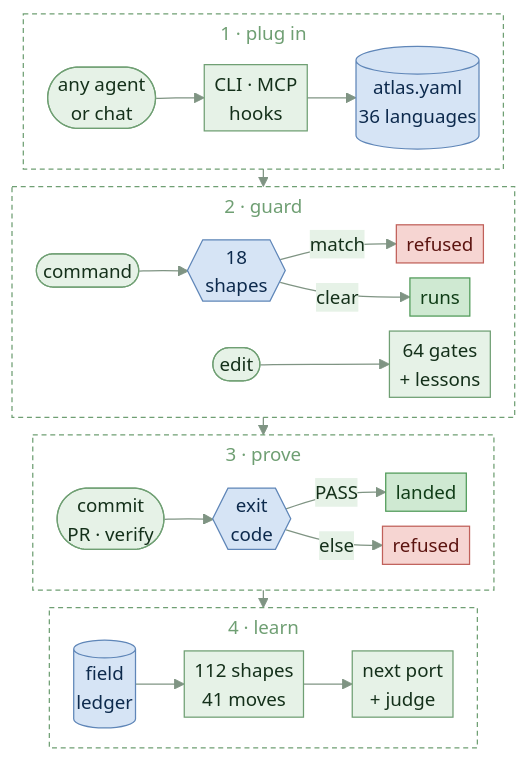
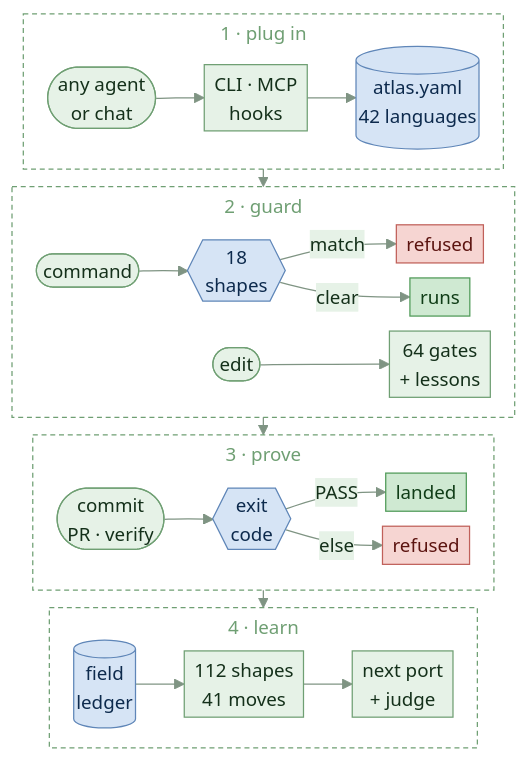
One commit to HLIntel/Headron changed the diagram in README.md. Above: the diagram before and after it, drawn with Mermaid. The commit also changed other lines of this file and 38 other files, not shown here.

````diff
--- a/README.md
+++ b/README.md
@@ -40,52 +40,52 @@
 ```mermaid
 ---
 config:
   theme: base
   themeVariables:
     primaryColor: "#e6f2e7"
     primaryBorderColor: "#6f9f73"
     primaryTextColor: "#14301a"
     lineColor: "#7f9483"
     titleColor: "#6f9f73"
     edgeLabelBackground: "#e6f2e7"
     fontSize: "15px"
   flowchart:
     subGraphTitleMargin: {top: 4, bottom: 6}
     padding: 4
     nodeSpacing: 12
     rankSpacing: 14
 ---
 flowchart TB
   accTitle: How Thea proves a change
   accDescr: any agent, chat or model plugs in, each file routes to its gates, hooks guard, the same gates prove at commit, in CI and in thea verify, anything but PASS is refused, every verdict is kept
   subgraph ask [1 · plug in]
     direction LR
-    A([any agent<br>or chat]) --> I[CLI · MCP<br>hooks] --> D[(atlas.yaml<br>36 languages)]
+    A([any agent<br>or chat]) --> I[CLI · MCP<br>hooks] --> D[(atlas.yaml<br>42 languages)]
   end
   subgraph guard [2 · guard]
     direction LR
     S([command]) --> W{{18<br>shapes}}
     W -->|match| Y[refused]
     W -->|clear| O[runs]
     E([edit]) --> L[64 gates<br>+ lessons]
   end
   subgraph run [3 · prove]
     direction LR
     H([commit<br>PR · verify]) --> V{{exit<br>code}}
     V -->|PASS| M[landed]
     V -->|else| X[refused]
   end
   subgraph learn [4 · learn]
     direction LR
     Q[(field<br>ledger)] --> F[112 shapes<br>41 moves] --> N[next port<br>+ judge]
   end
   ask --> guard --> run --> learn
   classDef band fill:none,stroke:#6f9f73,stroke-dasharray:4 3
   class ask,guard,run,learn band
   classDef stop fill:#f6d5d2,stroke:#c0605a,color:#5c1410
   classDef go fill:#cfe9d2,stroke:#4f9a58,color:#103d17
   classDef store fill:#d6e4f5,stroke:#5f86b8,color:#0d2a4d
   class X,Y stop
   class M,O go
   class D,Q,V,W store
 ```
````
